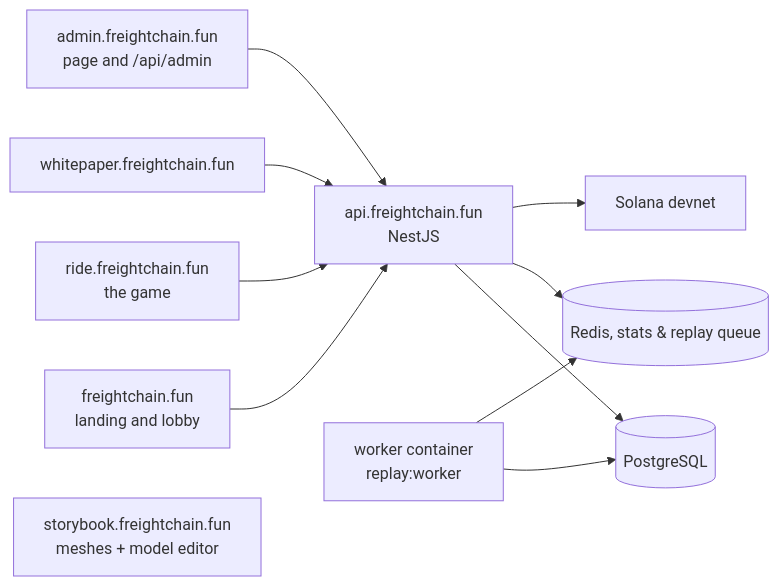
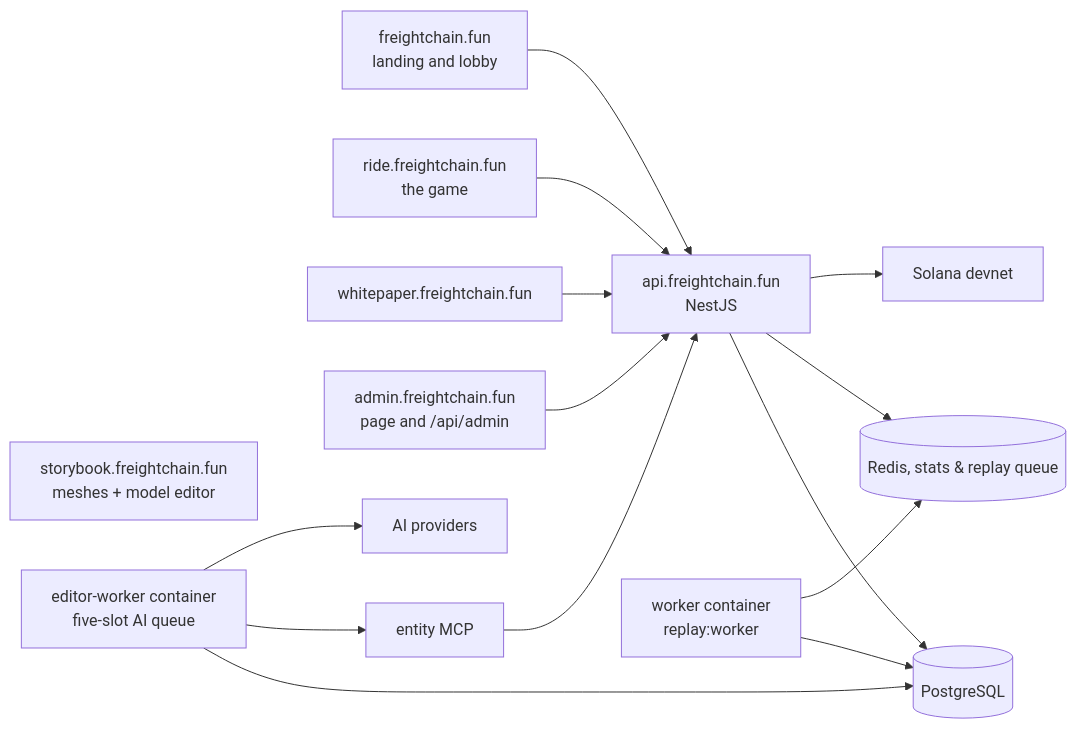
Before and after one commit to recferret-bit/freightchain: the fourth of 8 diagrams in README.md, drawn with Mermaid. The commit also changed other lines of this file and 111 other files, not shown here.

First line of the commit message:
Harden entity editor and isolate AI generation in a dedicated worker

````diff
--- a/README.md
+++ b/README.md
@@ -422,13 +422,17 @@
 ```mermaid
 flowchart LR
   landing["freightchain.fun<br/>landing and lobby"] --> api["api.freightchain.fun<br/>NestJS"]
   ride["ride.freightchain.fun<br/>the game"] --> api
   paper["whitepaper.freightchain.fun"] --> api
   admin["admin.freightchain.fun<br/>page and /api/admin"] --> api
   story["storybook.freightchain.fun<br/>meshes + model editor"]
   api --> pg[(PostgreSQL)]
   api --> redis[(Redis, stats & replay queue)]
   worker["worker container<br/>replay:worker"] --> pg
   worker --> redis
+  ai["editor-worker container<br/>five-slot AI queue"] --> pg
+  ai --> mcp["entity MCP"]
+  mcp --> api
+  ai --> providers["AI providers"]
   api --> chain["Solana devnet"]
 ```
````
